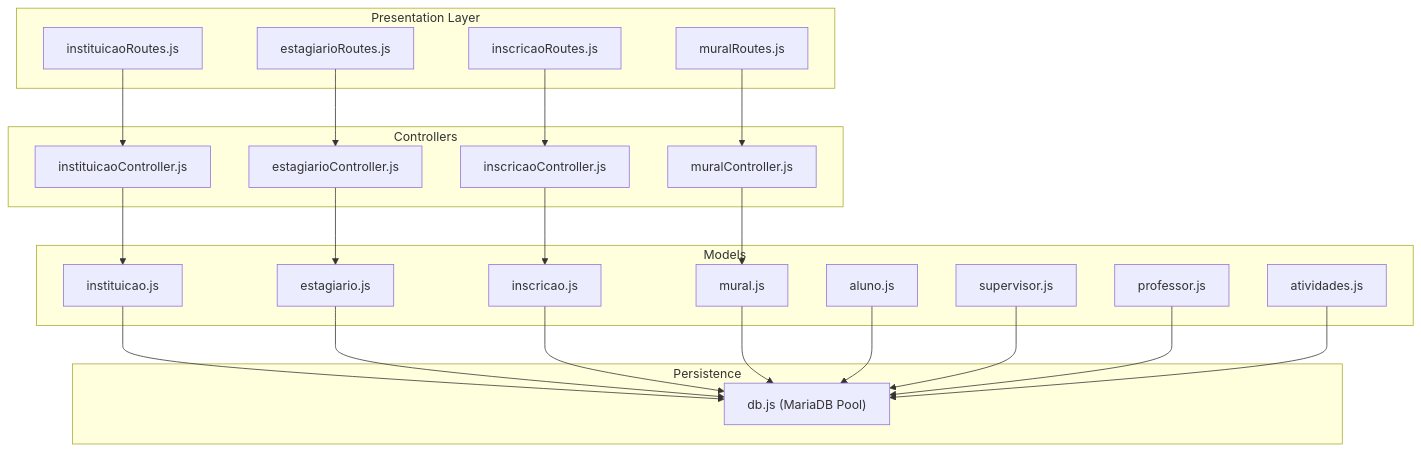
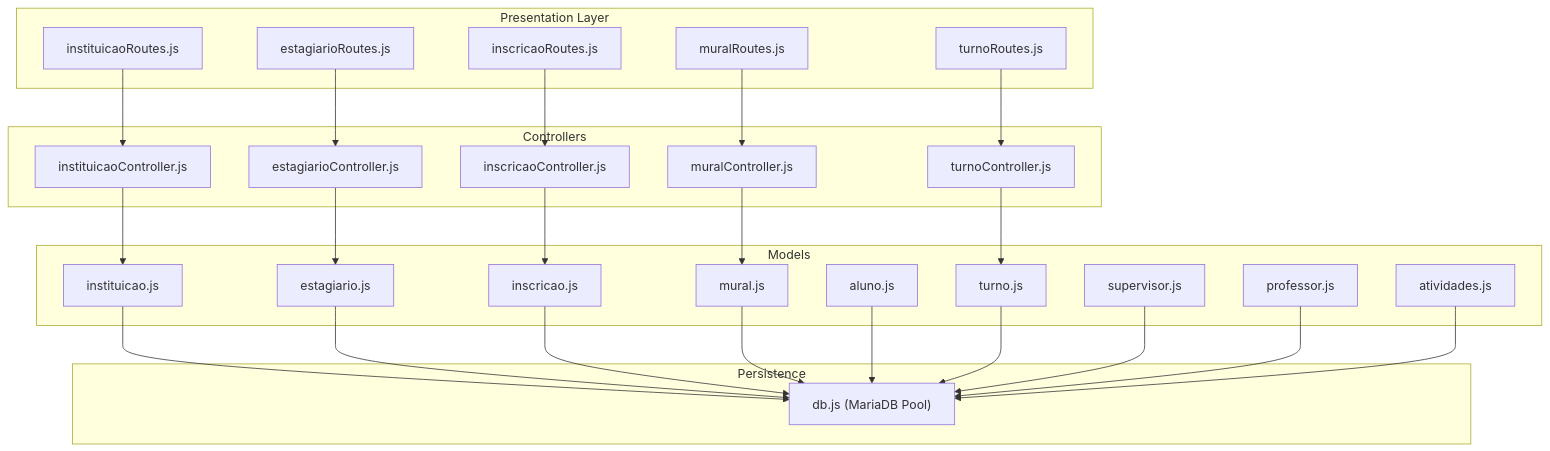
Before and after one commit to luiseduacosta/nodemural: the first of 4 diagrams in .qoder/repowiki/en/content/Data Models & Database Design/Student & Internship Models.md, drawn with Mermaid. The commit also changed other lines of this file and 4 other files, not shown here.

````diff
--- a/.qoder/repowiki/en/content/Data Models & Database Design/Student & Internship Models.md
+++ b/.qoder/repowiki/en/content/Data Models & Database Design/Student & Internship Models.md
@@ -62,40 +70,45 @@
 ```mermaid
 graph TB
 subgraph "Presentation Layer"
 R1["instituicaoRoutes.js"]
 R2["estagiarioRoutes.js"]
 R3["inscricaoRoutes.js"]
 R4["muralRoutes.js"]
+R5["turnoRoutes.js"]
 end
 subgraph "Controllers"
 C1["instituicaoController.js"]
 C2["estagiarioController.js"]
 C3["inscricaoController.js"]
 C4["muralController.js"]
+C5["turnoController.js"]
 end
 subgraph "Models"
 M1["instituicao.js"]
 M2["estagiario.js"]
 M3["inscricao.js"]
 M4["mural.js"]
 MA["aluno.js"]
+MT["turno.js"]
 MS["supervisor.js"]
 MP["professor.js"]
 MAT["atividades.js"]
 end
 subgraph "Persistence"
 DB["db.js (MariaDB Pool)"]
 end
 R1 --> C1 --> M1
 R2 --> C2 --> M2
 R3 --> C3 --> M3
 R4 --> C4 --> M4
+R5 --> C5 --> MT
 M1 --> DB
 M2 --> DB
 M3 --> DB
 M4 --> DB
 MA --> DB
+MT --> DB
 MS --> DB
 MP --> DB
 MAT --> DB
 ```
````
